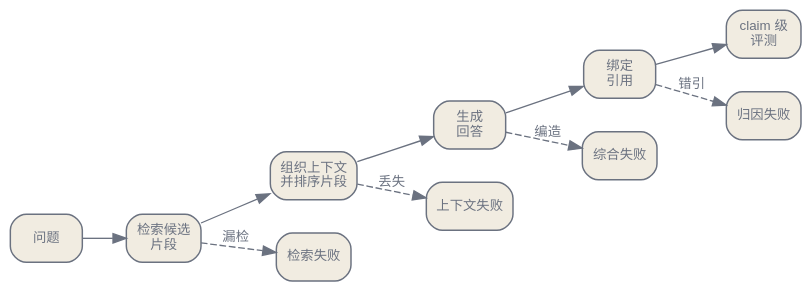
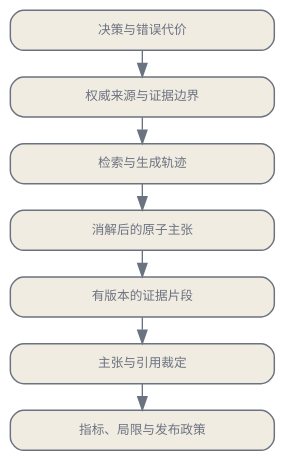
Before and after one commit to latere-ai/ai-as-an-infrastructure: the diagram in zh/evaluation/05-factuality-grounding.qmd, drawn with Graphviz. The commit also changed other lines of this file and 2 other files, not shown here.

Commit message:
docs: rewrite Chinese factuality chapter

````diff
--- a/zh/evaluation/05-factuality-grounding.qmd
+++ b/zh/evaluation/05-factuality-grounding.qmd
@@ -81,26 +72,19 @@
 ```{dot}
-//| label: fig-factuality-rag-failure
-//| fig-cap: "grounded generation 有彼此独立的失效面。检索、上下文选择、综合与引用绑定都可能单独失败，因此单一回答分数无法说明事实性错误从哪里来。"
+//| label: fig-factuality-evidence-contract
+//| fig-cap: "事实性结果只有保留从决策、证据边界、系统轨迹、主张与证据片段，到裁定和发布政策的完整来源链，才能复现。"
 digraph {
   bgcolor="transparent";
-  rankdir=LR;
-  nodesep=0.35; ranksep=0.45;
-  node [shape=box, style="rounded,filled", fontname="Helvetica", fontsize=10, color="#6b7280", fontcolor="#6b7280", fillcolor="#f1ece1", penwidth=1.1];
-  edge [fontsize=10, fontname="Helvetica", color="#6b7280", fontcolor="#6b7280"];
-  Q [label="问题"];
-  R [label="检索候选\n片段"];
-  K [label="组织上下文\n并排序片段"];
-  G [label="生成\n回答"];
-  C [label="绑定\n引用"];
-  E [label="claim 级\n评测"];
-  Q -> R -> K -> G -> C -> E;
-  R -> F1 [label="漏检", style=dashed];
-  K -> F2 [label="丢失", style=dashed];
-  G -> F3 [label="编造", style=dashed];
-  C -> F4 [label="错引", style=dashed];
-  F1 [label="检索失败"];
-  F2 [label="上下文失败"];
-  F3 [label="综合失败"];
-  F4 [label="归因失败"];
+  rankdir=TB;
+  nodesep=0.22; ranksep=0.28;
+  node [shape=box, style="rounded,filled", fixedsize=true, width=2.75, height=0.42, fontname="Helvetica", fontsize=9.5, color="#6b7280", fontcolor="#6b7280", fillcolor="#f1ece1", penwidth=1.1];
+  edge [color="#6b7280", fontcolor="#6b7280"];
+  D [label="决策与错误代价"];
+  B [label="权威来源与证据边界"];
+  T [label="检索与生成轨迹"];
+  C [label="消解后的原子主张"];
+  E [label="有版本的证据片段"];
+  V [label="主张与引用裁定"];
+  O [label="指标、局限与发布政策"];
+  D -> B -> T -> C -> E -> V -> O;
 }
 ```
````
